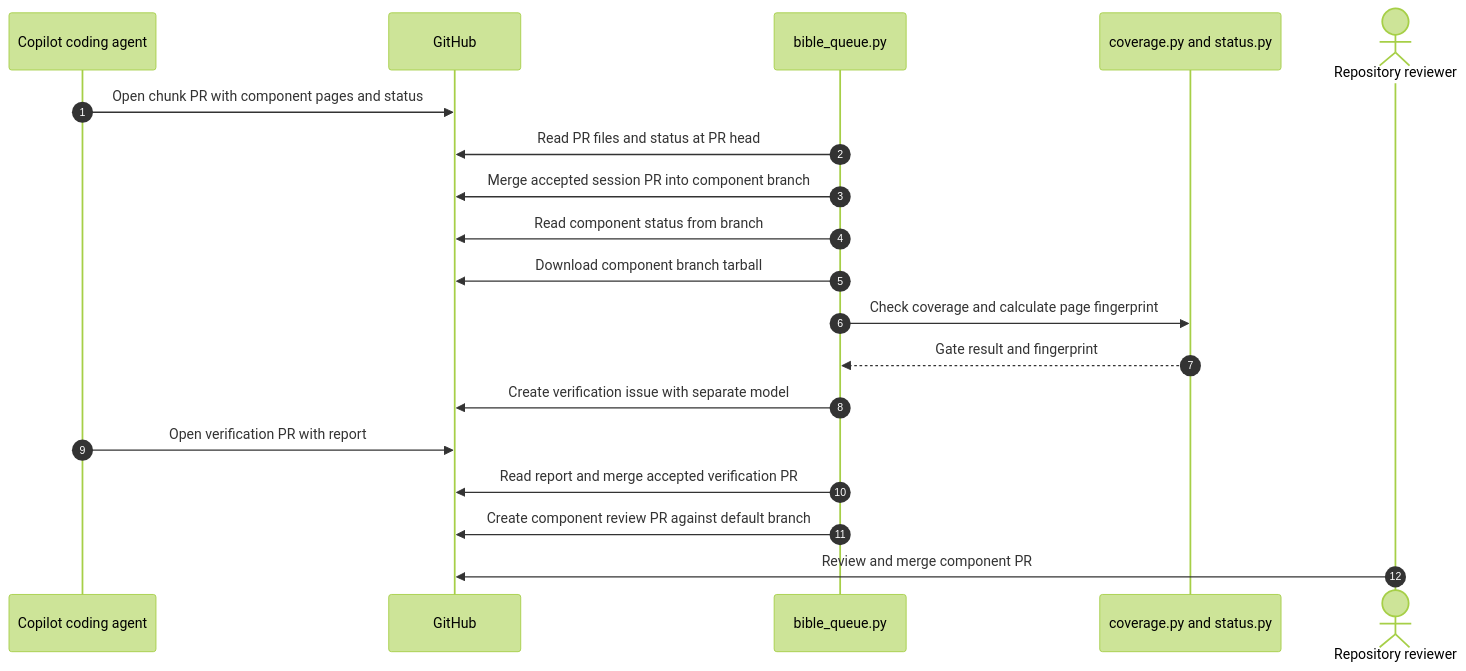
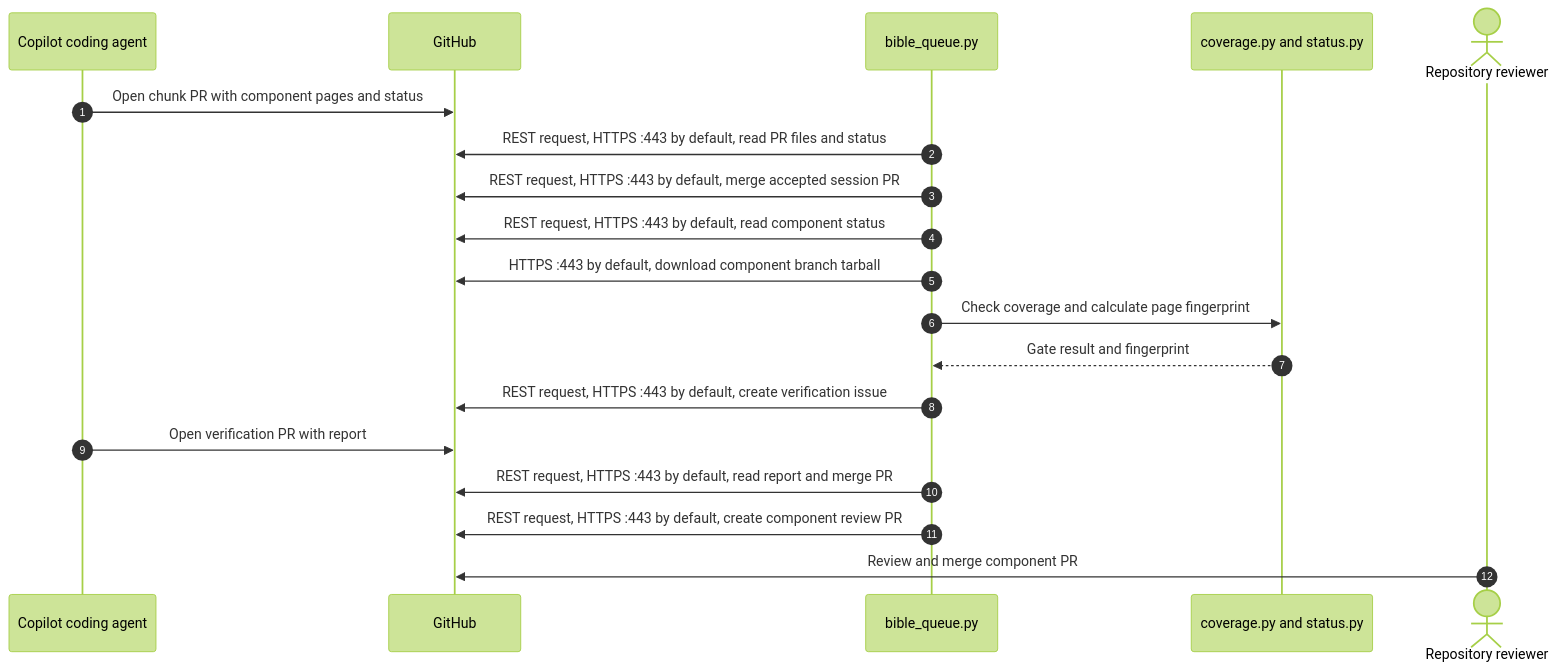
One commit to vishalc412/bible-mode-b-test changed the third of 10 diagrams in codebase-analysis/hld/05-key-flows.md. Above: the diagram before and after it, drawn with Mermaid (forest theme). The commit also changed other lines of this file and 27 other files, not shown here.

````diff
--- a/codebase-analysis/hld/05-key-flows.md
+++ b/codebase-analysis/hld/05-key-flows.md
@@ -111,21 +111,21 @@
 ```mermaid
 sequenceDiagram
   autonumber
   participant Agent as Copilot coding agent
   participant API as GitHub
   participant Queue as bible_queue.py
   participant Gate as coverage.py and status.py
   actor Reviewer as Repository reviewer
   Agent->>API: Open chunk PR with component pages and status
-  Queue->>API: Read PR files and status at PR head
-  Queue->>API: Merge accepted session PR into component branch
-  Queue->>API: Read component status from branch
-  Queue->>API: Download component branch tarball
+  Queue->>API: REST request, HTTPS :443 by default, read PR files and status
+  Queue->>API: REST request, HTTPS :443 by default, merge accepted session PR
+  Queue->>API: REST request, HTTPS :443 by default, read component status
+  Queue->>API: HTTPS :443 by default, download component branch tarball
   Queue->>Gate: Check coverage and calculate page fingerprint
   Gate-->>Queue: Gate result and fingerprint
-  Queue->>API: Create verification issue with separate model
+  Queue->>API: REST request, HTTPS :443 by default, create verification issue
   Agent->>API: Open verification PR with report
-  Queue->>API: Read report and merge accepted verification PR
-  Queue->>API: Create component review PR against default branch
+  Queue->>API: REST request, HTTPS :443 by default, read report and merge PR
+  Queue->>API: REST request, HTTPS :443 by default, create component review PR
   Reviewer->>API: Review and merge component PR
 ```
````
